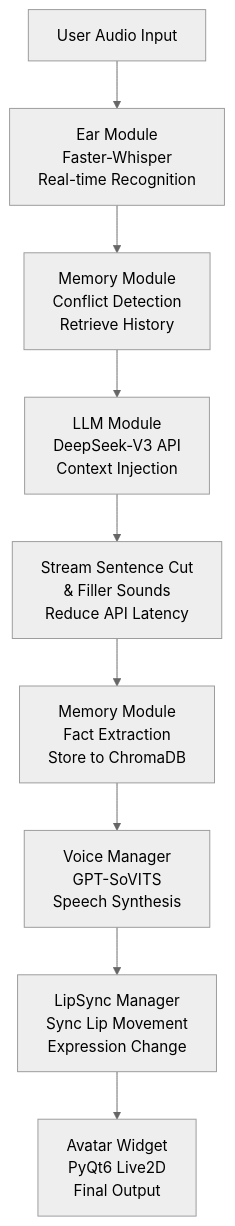
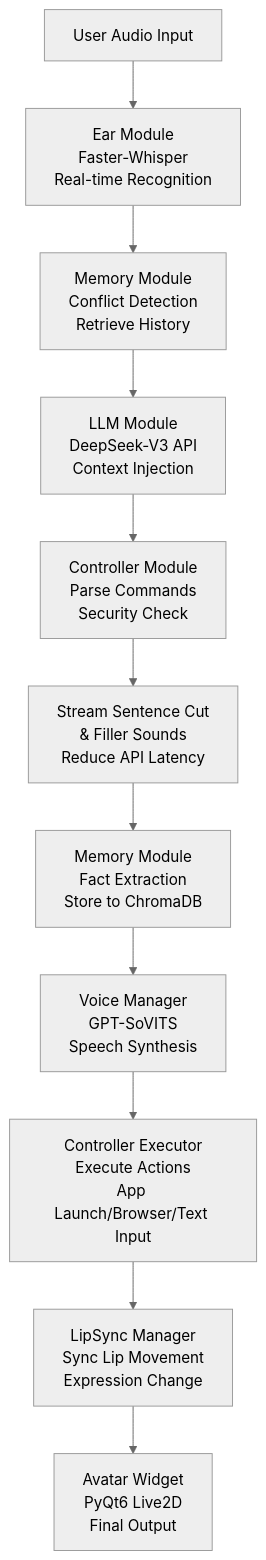
The first of 2 diagrams in src/content/posts/local-project.md (Vedaru/vedarublog.github.io), drawn with Mermaid (neutral theme) before and after one commit. The commit also changed other lines of this file, not shown here.

````diff
--- a/src/content/posts/local-project.md
+++ b/src/content/posts/local-project.md
@@ -209,11 +396,13 @@
 ```mermaid
 graph TD
     A["User Audio Input"] --> B["Ear Module<br/>Faster-Whisper<br/>Real-time Recognition"]
     B --> C["Memory Module<br/>Conflict Detection<br/>Retrieve History"]
     C --> D["LLM Module<br/>DeepSeek-V3 API<br/>Context Injection"]
-    D --> E["Stream Sentence Cut<br/>& Filler Sounds<br/>Reduce API Latency"]
-    E --> F["Memory Module<br/>Fact Extraction<br/>Store to ChromaDB"]
-    F --> G["Voice Manager<br/>GPT-SoVITS<br/>Speech Synthesis"]
-    G --> H["LipSync Manager<br/>Sync Lip Movement<br/>Expression Change"]
-    H --> I["Avatar Widget<br/>PyQt6 Live2D<br/>Final Output"]
+    D --> E["Controller Module<br/>Parse Commands<br/>Security Check"]
+    E --> F["Stream Sentence Cut<br/>& Filler Sounds<br/>Reduce API Latency"]
+    F --> G["Memory Module<br/>Fact Extraction<br/>Store to ChromaDB"]
+    G --> H["Voice Manager<br/>GPT-SoVITS<br/>Speech Synthesis"]
+    H --> I["Controller Executor<br/>Execute Actions<br/>App Launch/Browser/Text Input"]
+    I --> J["LipSync Manager<br/>Sync Lip Movement<br/>Expression Change"]
+    J --> K["Avatar Widget<br/>PyQt6 Live2D<br/>Final Output"]
 ```
````
